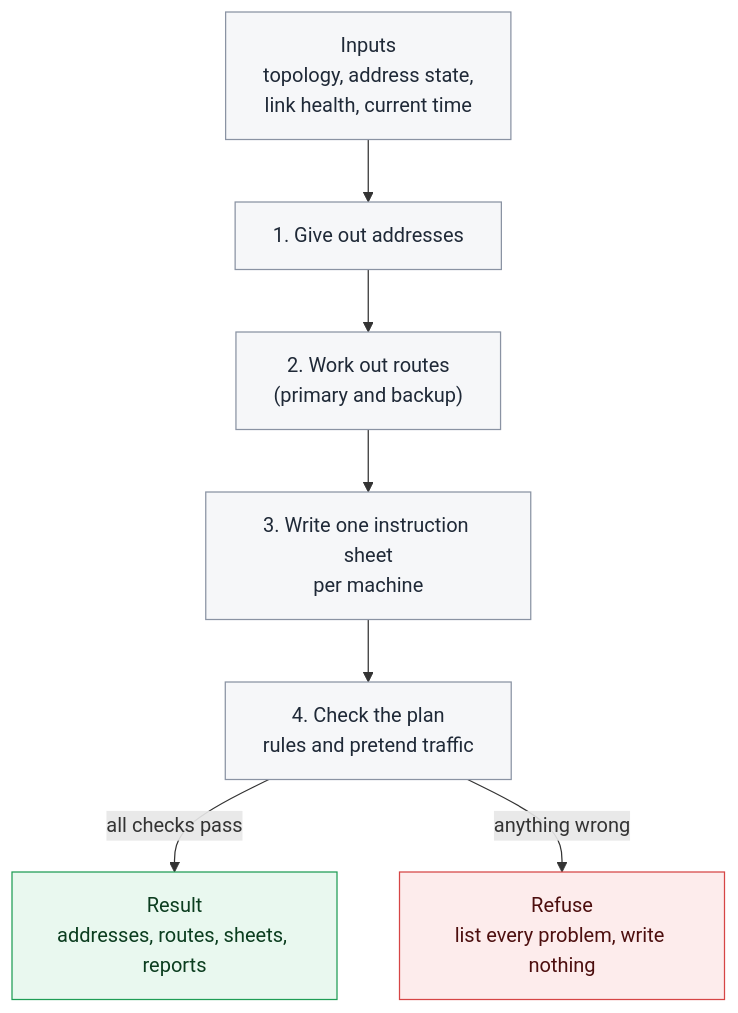
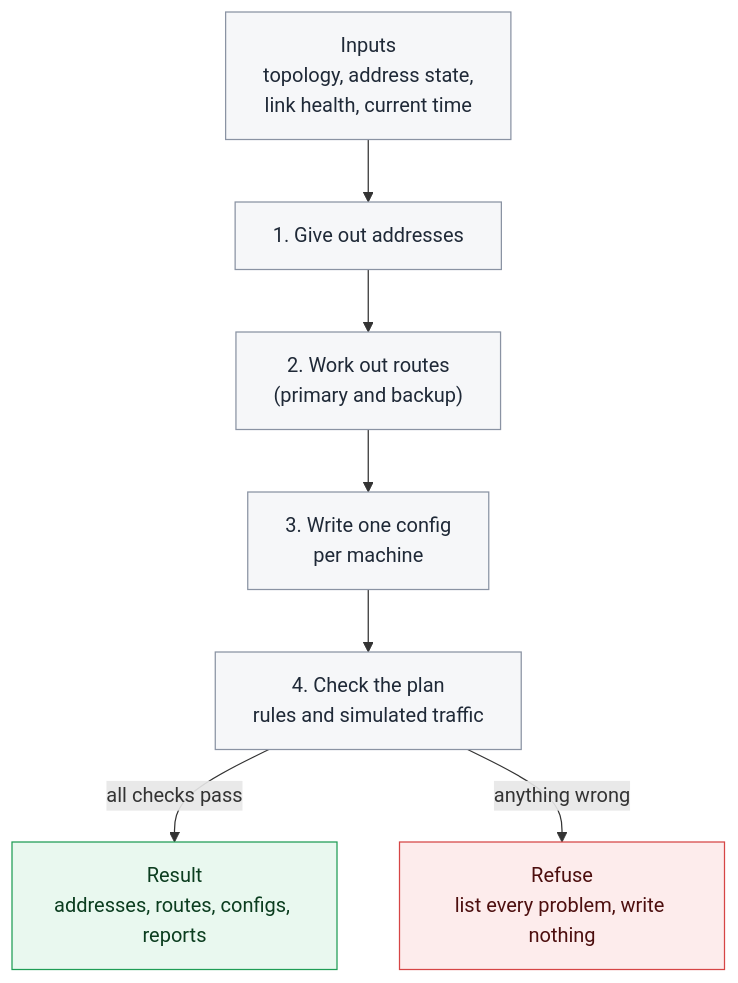
One commit to vectorihub/netctl changed the diagram in README.md. Above: the diagram before and after it, drawn with Mermaid. The commit also changed other lines of this file, not shown here.

````diff
--- a/README.md
+++ b/README.md
@@ -42,16 +185,16 @@
 ```mermaid
 flowchart TD
     IN["Inputs<br/>topology, address state,<br/>link health, current time"] --> ADDR["1. Give out addresses"]
     ADDR --> ROUTE["2. Work out routes<br/>(primary and backup)"]
-    ROUTE --> CFG["3. Write one instruction sheet<br/>per machine"]
-    CFG --> CHECK["4. Check the plan<br/>rules and pretend traffic"]
-    CHECK -->|"all checks pass"| OUT["Result<br/>addresses, routes, sheets, reports"]
+    ROUTE --> CFG["3. Write one config<br/>per machine"]
+    CFG --> CHECK["4. Check the plan<br/>rules and simulated traffic"]
+    CHECK -->|"all checks pass"| OUT["Result<br/>addresses, routes, configs, reports"]
     CHECK -->|"anything wrong"| REF["Refuse<br/>list every problem, write nothing"]
 
     classDef ok fill:#e9f8ef,stroke:#1f9d55,color:#0b3d1f;
     classDef bad fill:#fdecec,stroke:#d64545,color:#4d0f0f;
     classDef step fill:#f6f7f9,stroke:#8a93a3,color:#1f2937;
     class OUT ok;
     class REF bad;
     class IN,ADDR,ROUTE,CFG,CHECK step;
 ```
````
